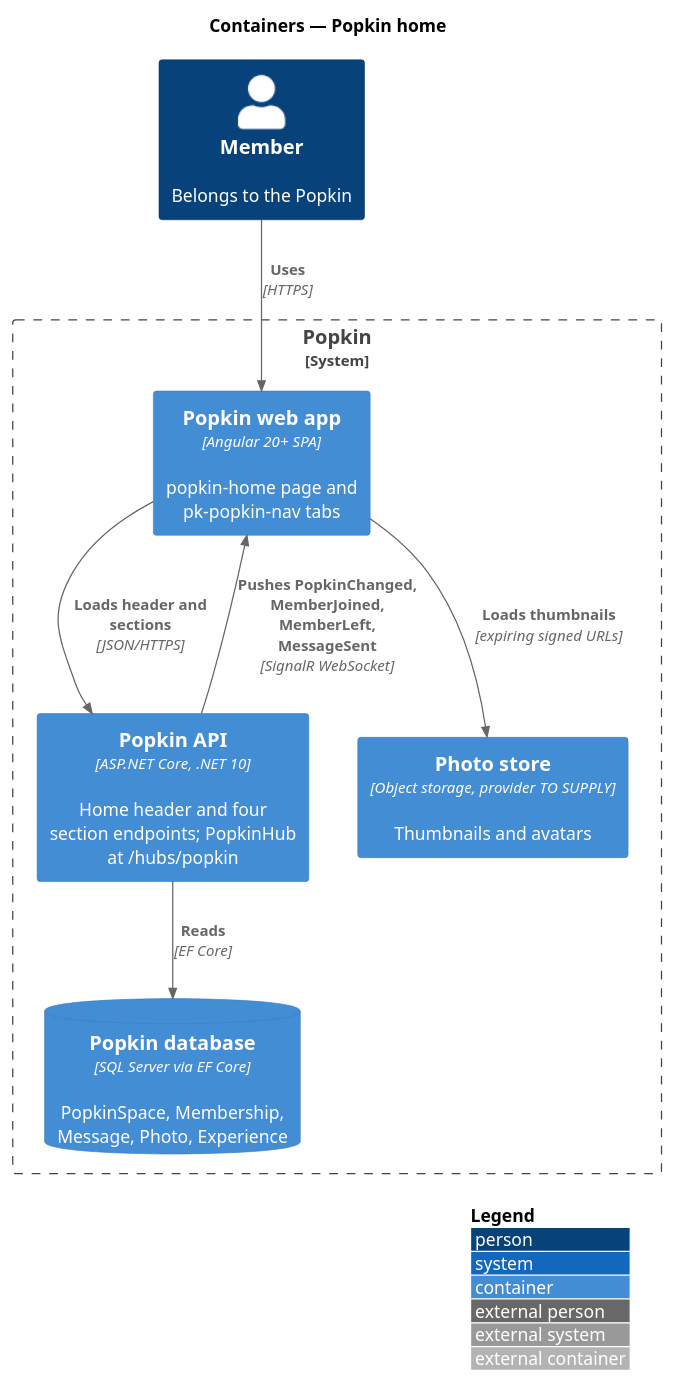
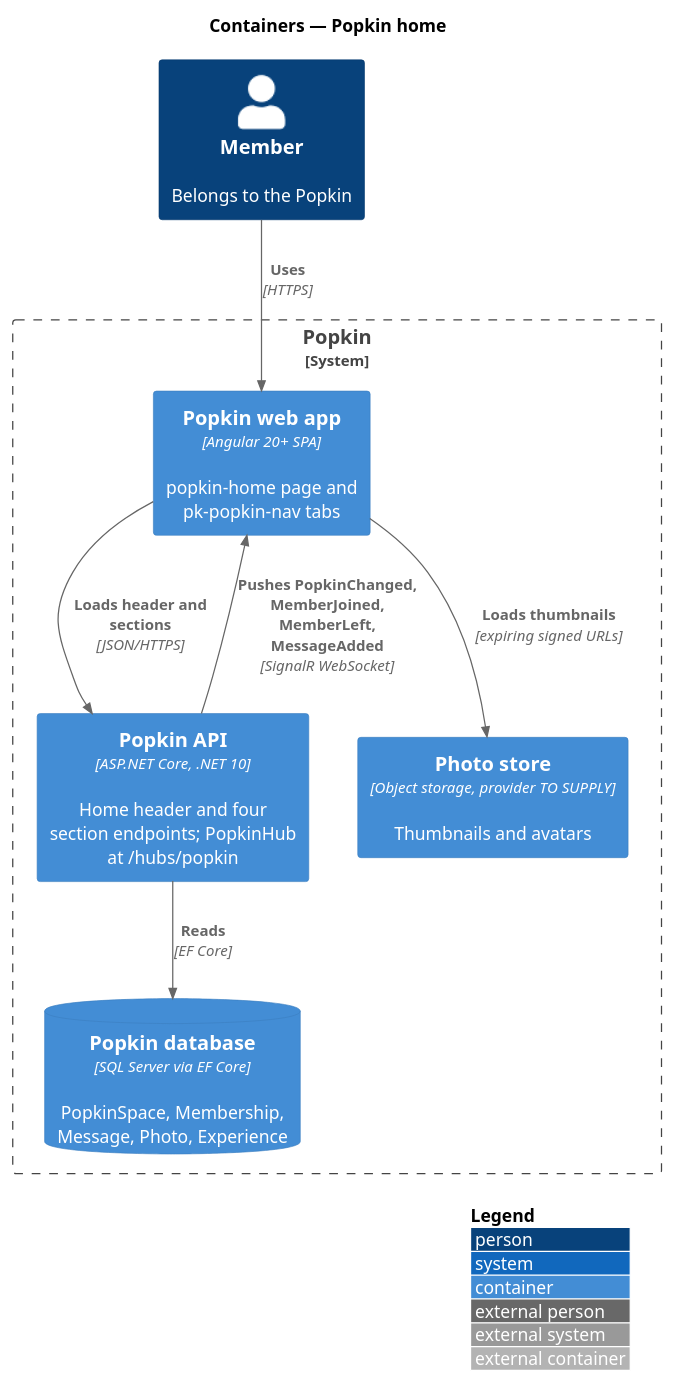
Before and after one commit to QuinntyneBrown/popkin: the diagram in docs/detailed-designs/popkins/popkin-home/diagrams/c4-container.puml, drawn with PlantUML. The commit also changed 6 other files, not shown here.

```diff
--- a/docs/detailed-designs/popkins/popkin-home/diagrams/c4-container.puml
+++ b/docs/detailed-designs/popkins/popkin-home/diagrams/c4-container.puml
@@ -1,18 +1,18 @@
 @startuml
 !include <C4/C4_Container>
 LAYOUT_WITH_LEGEND()
 title Containers — Popkin home
 
 Person(member, "Member", "Belongs to the Popkin")
 System_Boundary(popkin, "Popkin") {
   Container(spa, "Popkin web app", "Angular 20+ SPA", "popkin-home page and pk-popkin-nav tabs")
   Container(api, "Popkin API", "ASP.NET Core, .NET 10", "Home header and four section endpoints; PopkinHub at /hubs/popkin")
   ContainerDb(db, "Popkin database", "SQL Server via EF Core", "PopkinSpace, Membership, Message, Photo, Experience")
   Container(store, "Photo store", "Object storage, provider TO SUPPLY", "Thumbnails and avatars")
 }
 Rel(member, spa, "Uses", "HTTPS")
 Rel(spa, api, "Loads header and sections", "JSON/HTTPS")
-Rel(api, spa, "Pushes PopkinChanged, MemberJoined, MemberLeft, MessageSent", "SignalR WebSocket")
+Rel(api, spa, "Pushes PopkinChanged, MemberJoined, MemberLeft, MessageAdded", "SignalR WebSocket")
 Rel(api, db, "Reads", "EF Core")
 Rel(spa, store, "Loads thumbnails", "expiring signed URLs")
 @enduml
```
